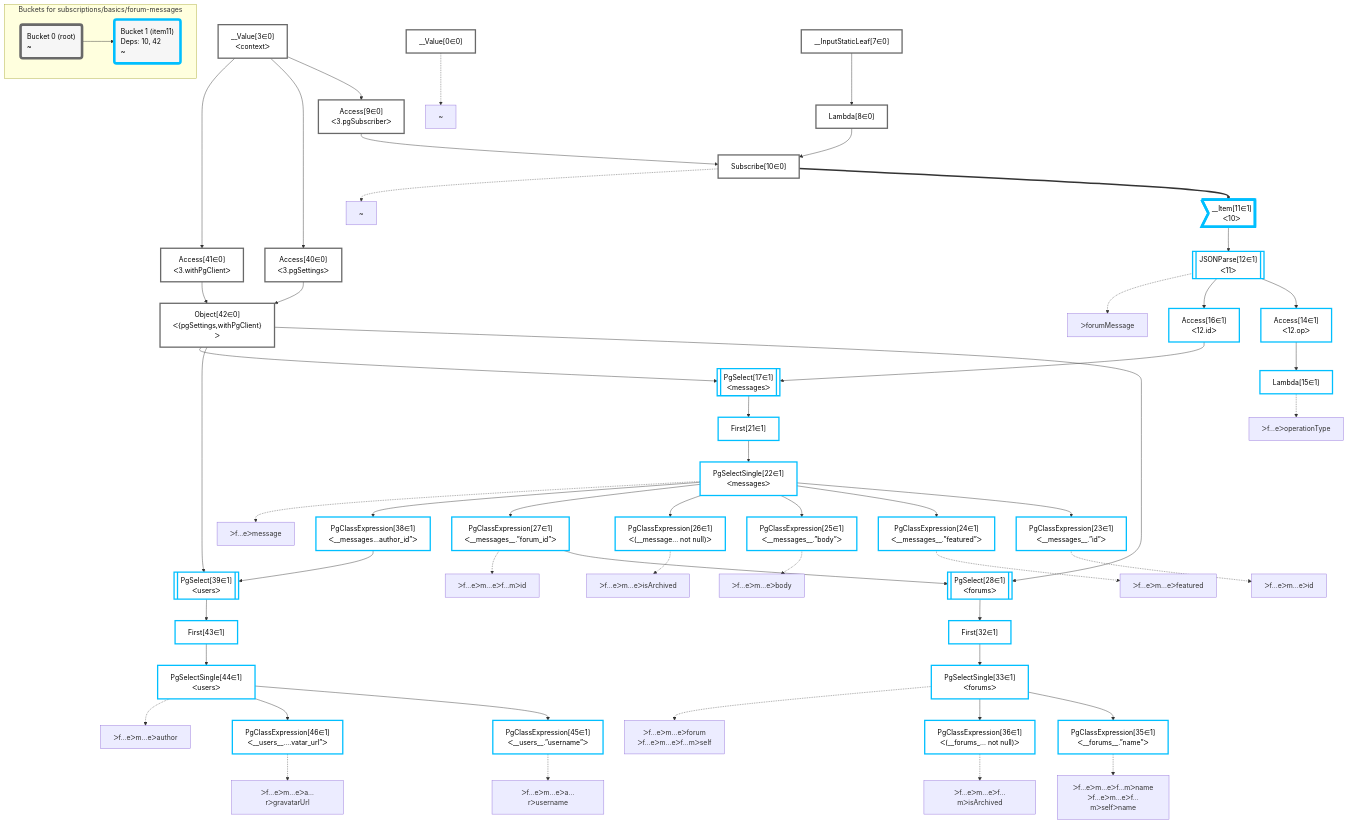
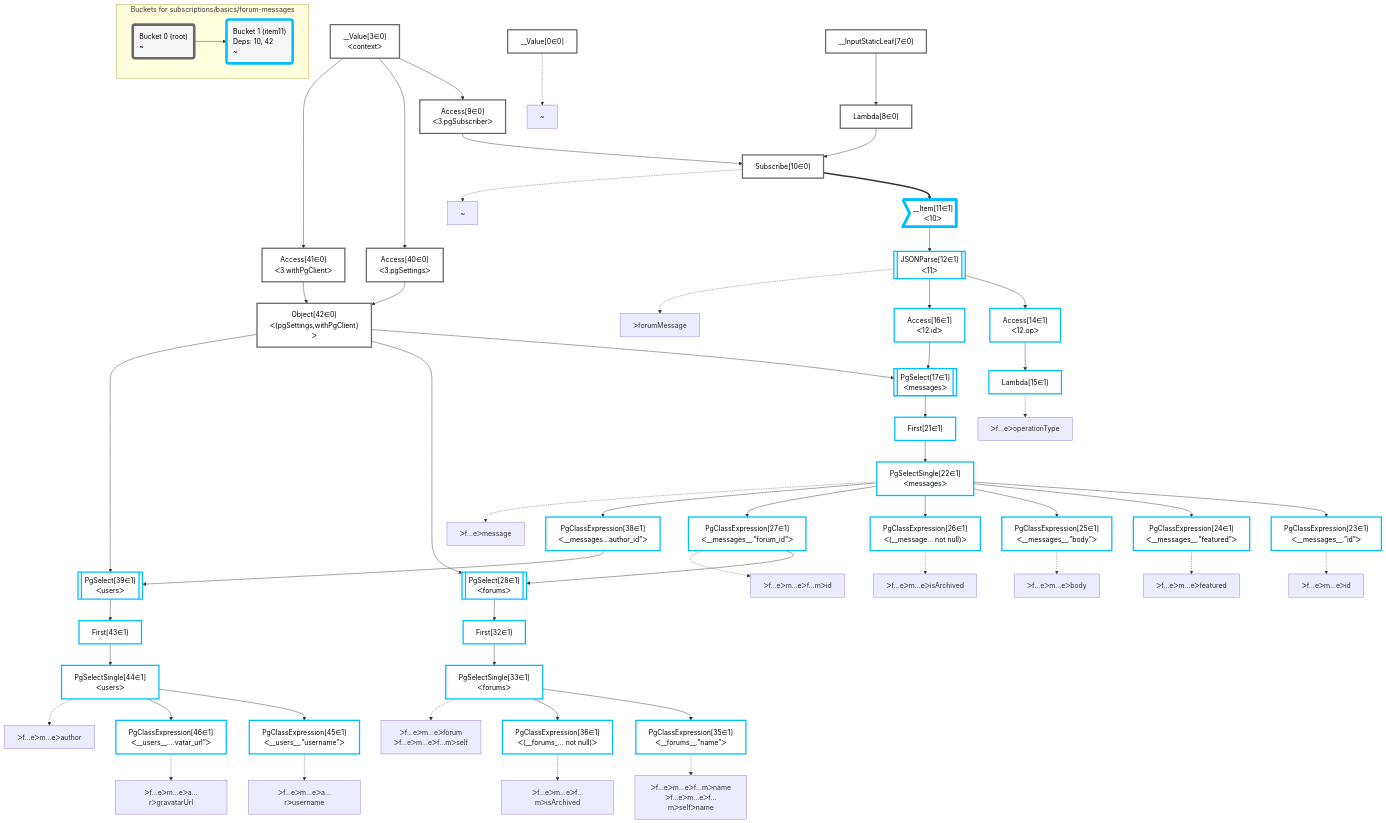
One commit to graphile/crystal changed the diagram in packages/dataplan-pg/__tests__/subscriptions/basics/forum-messages.deopt.mermaid.md. Above: the diagram before and after it, drawn with Mermaid. The commit also changed other lines of this file and 195 other files, not shown here.

Commit message:
Reorder graphs

```diff
--- a/packages/dataplan-pg/__tests__/subscriptions/basics/forum-messages.deopt.mermaid.md
+++ b/packages/dataplan-pg/__tests__/subscriptions/basics/forum-messages.deopt.mermaid.md
@@ -9,70 +9,70 @@
 
     %% define plans
     __Value0["__Value[0∈0]"]:::plan
+    __Value3["__Value[3∈0]<br />ᐸcontextᐳ"]:::plan
+    __InputStaticLeaf7["__InputStaticLeaf[7∈0]"]:::plan
+    Lambda8["Lambda[8∈0]"]:::plan
+    Access9["Access[9∈0]<br />ᐸ3.pgSubscriberᐳ"]:::plan
+    Subscribe10["Subscribe[10∈0]"]:::plan
+    __Item11>"__Item[11∈1]<br />ᐸ10ᐳ"]:::itemplan
+    JSONParse12[["JSONParse[12∈1]<br />ᐸ11ᐳ"]]:::plan
+    Access14["Access[14∈1]<br />ᐸ12.opᐳ"]:::plan
     Lambda15["Lambda[15∈1]"]:::plan
-    Access14["Access[14∈1]<br />ᐸ12.opᐳ"]:::plan
+    Access16["Access[16∈1]<br />ᐸ12.idᐳ"]:::plan
+    Access40["Access[40∈0]<br />ᐸ3.pgSettingsᐳ"]:::plan
+    Access41["Access[41∈0]<br />ᐸ3.withPgClientᐳ"]:::plan
+    Object42["Object[42∈0]<br />ᐸ{pgSettings,withPgClient}ᐳ"]:::plan
+    PgSelect17[["PgSelect[17∈1]<br />ᐸmessagesᐳ"]]:::plan
+    First21["First[21∈1]"]:::plan
+    PgSelectSingle22["PgSelectSingle[22∈1]<br />ᐸmessagesᐳ"]:::plan
     PgClassExpression23["PgClassExpression[23∈1]<br />ᐸ__messages__.”id”ᐳ"]:::plan
     PgClassExpression24["PgClassExpression[24∈1]<br />ᐸ__messages__.”featured”ᐳ"]:::plan
     PgClassExpression25["PgClassExpression[25∈1]<br />ᐸ__messages__.”body”ᐳ"]:::plan
     PgClassExpression26["PgClassExpression[26∈1]<br />ᐸ(__message... not null)ᐳ"]:::plan
+    PgClassExpression27["PgClassExpression[27∈1]<br />ᐸ__messages__.”forum_id”ᐳ"]:::plan
+    PgSelect28[["PgSelect[28∈1]<br />ᐸforumsᐳ"]]:::plan
+    First32["First[32∈1]"]:::plan
+    PgSelectSingle33["PgSelectSingle[33∈1]<br />ᐸforumsᐳ"]:::plan
     PgClassExpression35["PgClassExpression[35∈1]<br />ᐸ__forums__.”name”ᐳ"]:::plan
     PgClassExpression36["PgClassExpression[36∈1]<br />ᐸ(__forums_... not null)ᐳ"]:::plan
-    PgSelectSingle33["PgSelectSingle[33∈1]<br />ᐸforumsᐳ"]:::plan
-    First32["First[32∈1]"]:::plan
-    PgSelect28[["PgSelect[28∈1]<br />ᐸforumsᐳ"]]:::plan
-    PgClassExpression27["PgClassExpression[27∈1]<br />ᐸ__messages__.”forum_id”ᐳ"]:::plan
+    PgClassExpression38["PgClassExpression[38∈1]<br />ᐸ__messages...author_id”ᐳ"]:::plan
+    PgSelect39[["PgSelect[39∈1]<br />ᐸusersᐳ"]]:::plan
+    First43["First[43∈1]"]:::plan
+    PgSelectSingle44["PgSelectSingle[44∈1]<br />ᐸusersᐳ"]:::plan
     PgClassExpression45["PgClassExpression[45∈1]<br />ᐸ__users__.”username”ᐳ"]:::plan
     PgClassExpression46["PgClassExpression[46∈1]<br />ᐸ__users__....vatar_url”ᐳ"]:::plan
-    PgSelectSingle44["PgSelectSingle[44∈1]<br />ᐸusersᐳ"]:::plan
-    First43["First[43∈1]"]:::plan
-    PgSelect39[["PgSelect[39∈1]<br />ᐸusersᐳ"]]:::plan
-    PgClassExpression38["PgClassExpression[38∈1]<br />ᐸ__messages...author_id”ᐳ"]:::plan
-    PgSelectSingle22["PgSelectSingle[22∈1]<br />ᐸmessagesᐳ"]:::plan
-    First21["First[21∈1]"]:::plan
-    PgSelect17[["PgSelect[17∈1]<br />ᐸmessagesᐳ"]]:::plan
-    Access16["Access[16∈1]<br />ᐸ12.idᐳ"]:::plan
-    JSONParse12[["JSONParse[12∈1]<br />ᐸ11ᐳ"]]:::plan
-    __Item11>"__Item[11∈1]<br />ᐸ10ᐳ"]:::itemplan
-    Subscribe10["Subscribe[10∈0]"]:::plan
-    Access9["Access[9∈0]<br />ᐸ3.pgSubscriberᐳ"]:::plan
-    Object42["Object[42∈0]<br />ᐸ{pgSettings,withPgClient}ᐳ"]:::plan
-    Access40["Access[40∈0]<br />ᐸ3.pgSettingsᐳ"]:::plan
-    Access41["Access[41∈0]<br />ᐸ3.withPgClientᐳ"]:::plan
-    __Value3["__Value[3∈0]<br />ᐸcontextᐳ"]:::plan
-    Lambda8["Lambda[8∈0]"]:::plan
-    __InputStaticLeaf7["__InputStaticLeaf[7∈0]"]:::plan
 
     %% plan dependencies
+    __InputStaticLeaf7 --> Lambda8
+    __Value3 --> Access9
+    Access9 & Lambda8 --> Subscribe10
+    Subscribe10 ==> __Item11
+    __Item11 --> JSONParse12
+    JSONParse12 --> Access14
     Access14 --> Lambda15
-    JSONParse12 --> Access14
+    JSONParse12 --> Access16
+    __Value3 --> Access40
+    __Value3 --> Access41
+    Access40 & Access41 --> Object42
+    Object42 & Access16 --> PgSelect17
+    PgSelect17 --> First21
+    First21 --> PgSelectSingle22
     PgSelectSingle22 --> PgClassExpression23
     PgSelectSingle22 --> PgClassExpression24
     PgSelectSingle22 --> PgClassExpression25
     PgSelectSingle22 --> PgClassExpression26
+    PgSelectSingle22 --> PgClassExpression27
+    Object42 & PgClassExpression27 --> PgSelect28
+    PgSelect28 --> First32
+    First32 --> PgSelectSingle33
     PgSelectSingle33 --> PgClassExpression35
     PgSelectSingle33 --> PgClassExpression36
-    First32 --> PgSelectSingle33
-    PgSelect28 --> First32
-    Object42 & PgClassExpression27 --> PgSelect28
-    PgSelectSingle22 --> PgClassExpression27
+    PgSelectSingle22 --> PgClassExpression38
+    Object42 & PgClassExpression38 --> PgSelect39
+    PgSelect39 --> First43
+    First43 --> PgSelectSingle44
     PgSelectSingle44 --> PgClassExpression45
     PgSelectSingle44 --> PgClassExpression46
-    First43 --> PgSelectSingle44
-    PgSelect39 --> First43
-    Object42 & PgClassExpression38 --> PgSelect39
-    PgSelectSingle22 --> PgClassExpression38
-    First21 --> PgSelectSingle22
-    PgSelect17 --> First21
-    Object42 & Access16 --> PgSelect17
-    JSONParse12 --> Access16
-    __Item11 --> JSONParse12
-    Subscribe10 ==> __Item11
-    Access9 & Lambda8 --> Subscribe10
-    __Value3 --> Access9
-    Access40 & Access41 --> Object42
-    __Value3 --> Access40
-    __Value3 --> Access41
-    __InputStaticLeaf7 --> Lambda8
 
     %% plan-to-path relationships
     P0["~"]
```
